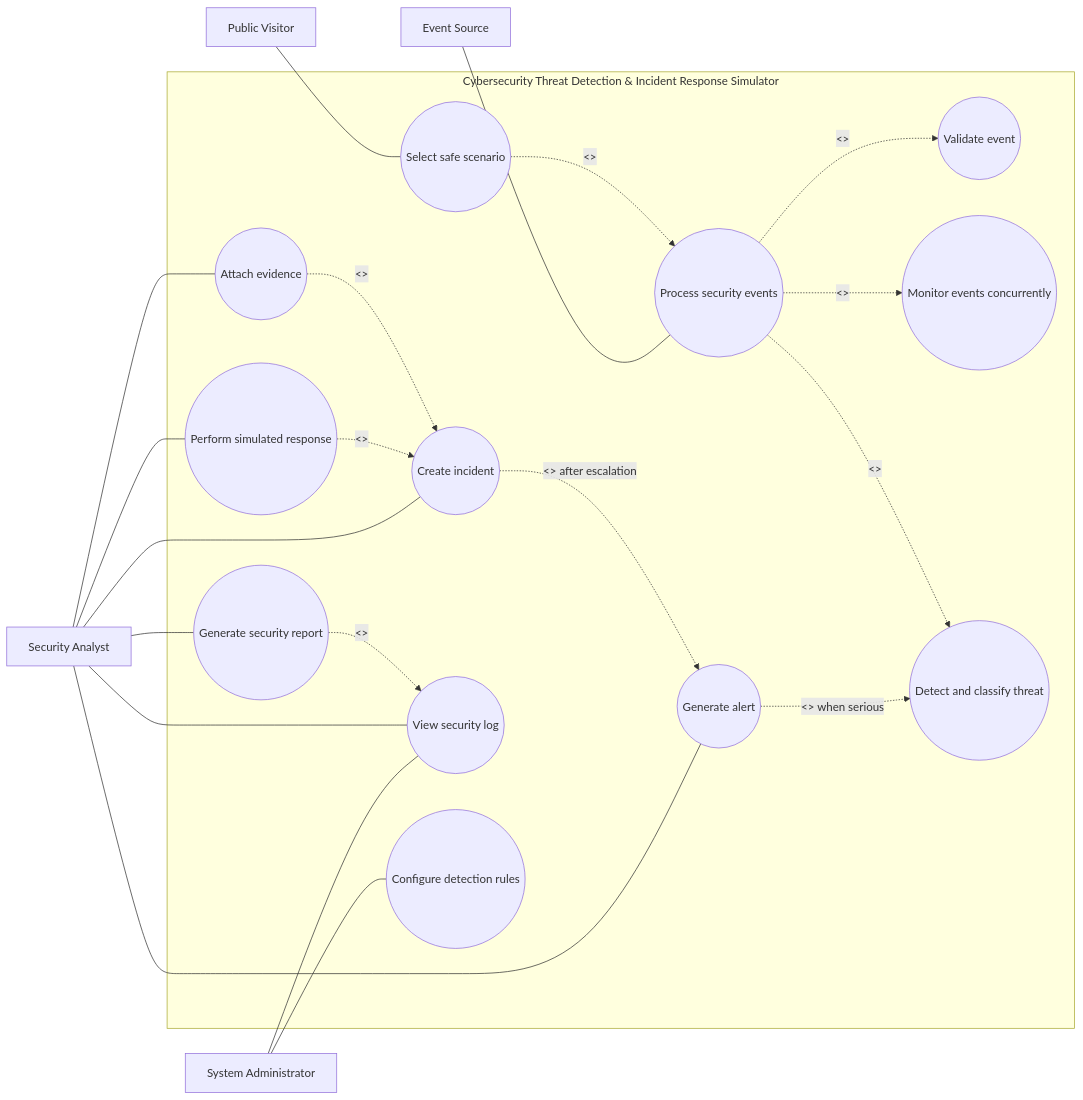
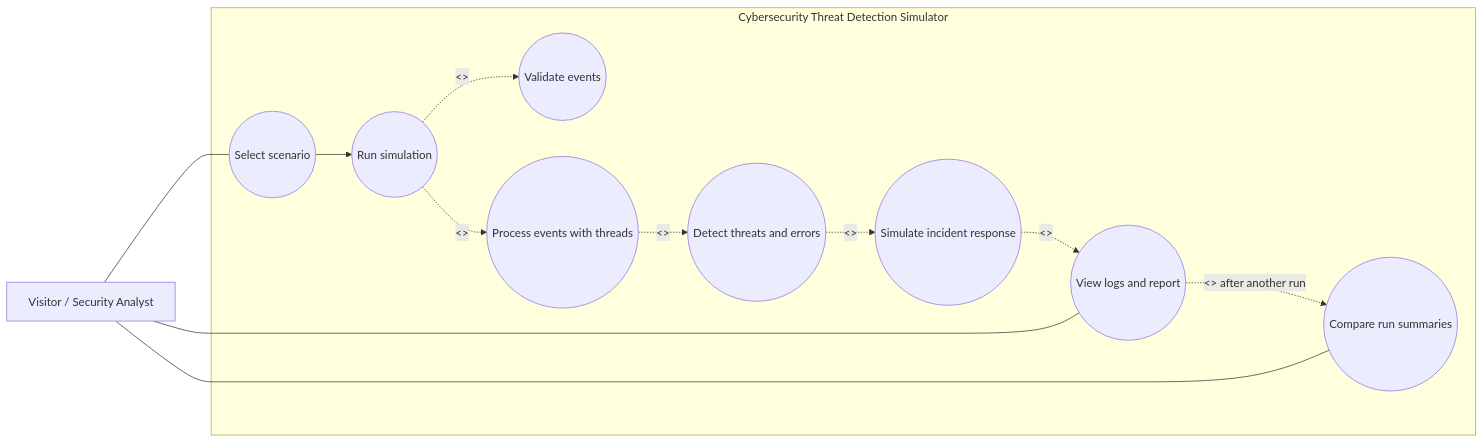
One commit to jaitak2121-spec/CybersecurityThreatdetector changed the diagram in usercasediagram.mmd. Above: the diagram before and after it, drawn with Mermaid.

Commit message:
updated use case diagram

```diff
--- a/usercasediagram.mmd
+++ b/usercasediagram.mmd
@@ -1,41 +1,25 @@
 flowchart LR
-    ES["Event Source"]
-    VISITOR["Public Visitor"]
-    SA["Security Analyst"]
-    ADMIN["System Administrator"]
+    USER["Visitor / Security Analyst"]
 
-    subgraph SYSTEM["Cybersecurity Threat Detection & Incident Response Simulator"]
-        VALIDATE(("Validate event"))
-        SELECT(("Select safe scenario"))
-        PROCESS(("Process security events"))
-        THREADS(("Monitor events concurrently"))
-        DETECT(("Detect and classify threat"))
-        ALERT(("Generate alert"))
-        INCIDENT(("Create incident"))
-        INVESTIGATE(("Attach evidence"))
-        RESPOND(("Perform simulated response"))
-        LOGS(("View security log"))
-        REPORT(("Generate security report"))
-        RULES(("Configure detection rules"))
+    subgraph SYSTEM["Cybersecurity Threat Detection Simulator"]
+        SELECT(("Select scenario"))
+        RUN(("Run simulation"))
+        VALIDATE(("Validate events"))
+        MONITOR(("Process events with threads"))
+        DETECT(("Detect threats and errors"))
+        RESPOND(("Simulate incident response"))
+        RESULTS(("View logs and report"))
+        COMPARE(("Compare run summaries"))
 
-        PROCESS -. "<<include>>" .-> VALIDATE
-        SELECT -. "<<include>>" .-> PROCESS
-        PROCESS -. "<<include>>" .-> THREADS
-        PROCESS -. "<<include>>" .-> DETECT
-        ALERT -. "<<extend>> when serious" .-> DETECT
-        INCIDENT -. "<<extend>> after escalation" .-> ALERT
-        INVESTIGATE -. "<<include>>" .-> INCIDENT
-        RESPOND -. "<<include>>" .-> INCIDENT
-        REPORT -. "<<include>>" .-> LOGS
+        SELECT --> RUN
+        RUN -. "<<include>>" .-> VALIDATE
+        RUN -. "<<include>>" .-> MONITOR
+        MONITOR -. "<<include>>" .-> DETECT
+        DETECT -. "<<include>>" .-> RESPOND
+        RESPOND -. "<<include>>" .-> RESULTS
+        RESULTS -. "<<extend>> after another run" .-> COMPARE
     end
 
-    ES --- PROCESS
-    VISITOR --- SELECT
-    SA --- ALERT
-    SA --- INCIDENT
-    SA --- INVESTIGATE
-    SA --- RESPOND
-    SA --- LOGS
-    SA --- REPORT
-    ADMIN --- RULES
-    ADMIN --- LOGS
+    USER --- SELECT
+    USER --- RESULTS
+    USER --- COMPARE
```
